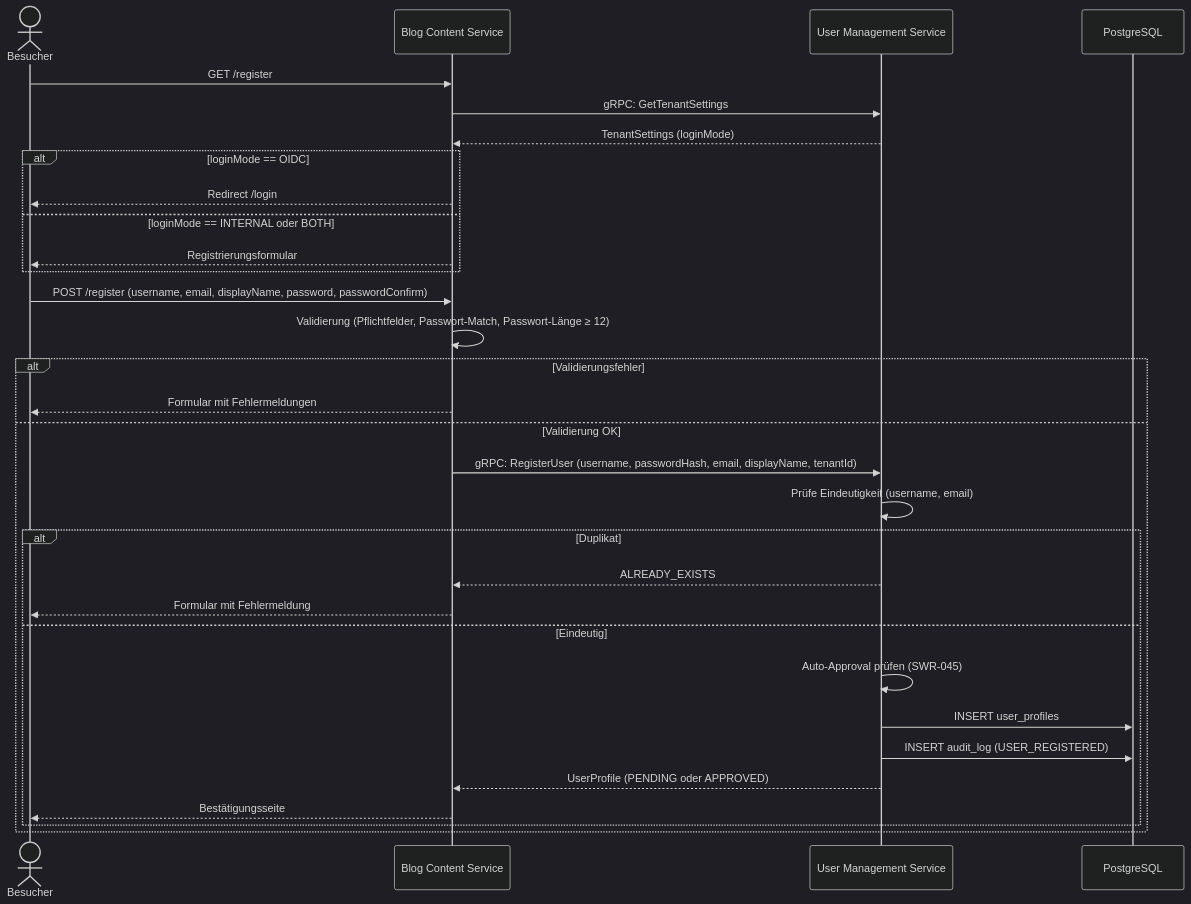
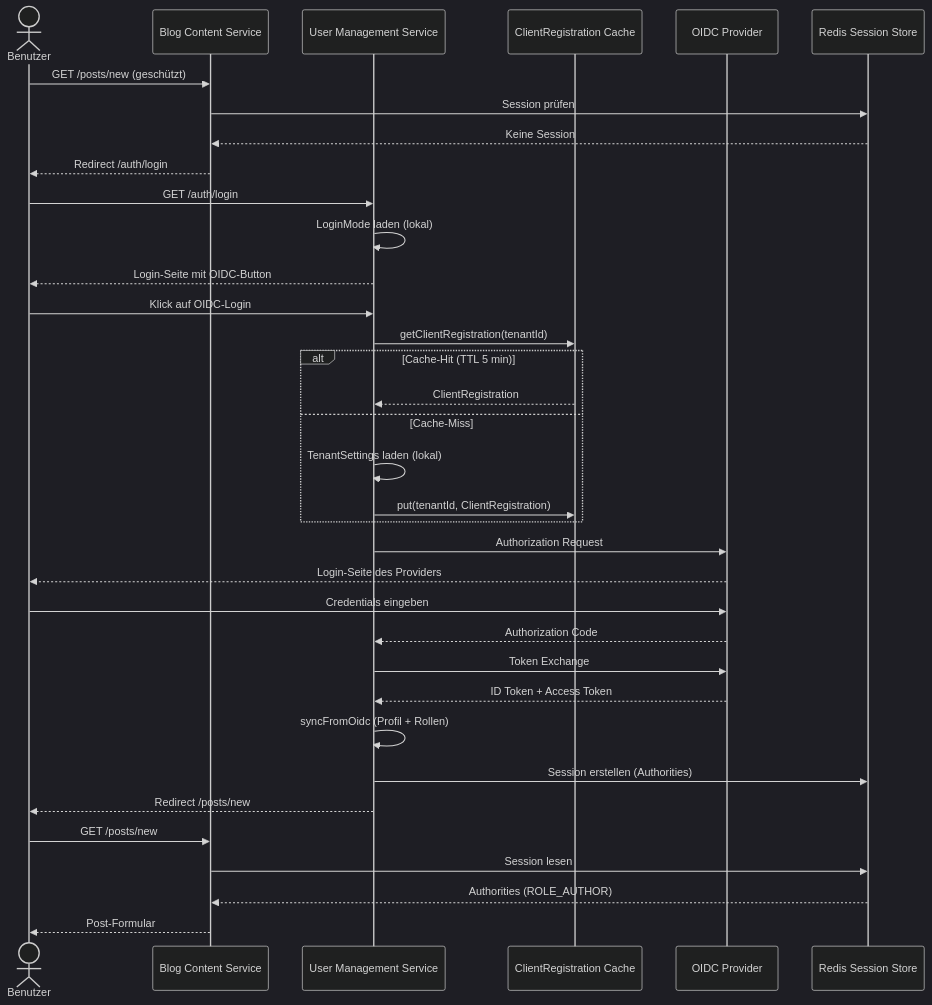
Before and after one commit to tomirgang/tomsblog: the sixth of 6 diagrams in docs/design/modules/ROOT/pages/user-management/index.adoc, drawn with Mermaid (dark theme). The commit also changed other lines of this file and 57 other files, not shown here.

```diff
--- a/docs/design/modules/ROOT/pages/user-management/index.adoc
+++ b/docs/design/modules/ROOT/pages/user-management/index.adoc
@@ -490,36 +511,43 @@
 [mermaid]
 ----
 sequenceDiagram
-    actor User as Besucher
+    actor User as Benutzer
     participant BCS as Blog Content Service
     participant UMS as User Management Service
-    participant DB as PostgreSQL
+    participant Cache as ClientRegistration Cache
+    participant IDP as OIDC Provider
+    participant Redis as Redis Session Store
 
-    User->>BCS: GET /register
-    BCS->>UMS: gRPC: GetTenantSettings
-    UMS-->>BCS: TenantSettings (loginMode)
-    alt loginMode == OIDC
-        BCS-->>User: Redirect /login
-    else loginMode == INTERNAL oder BOTH
-        BCS-->>User: Registrierungsformular
+    User->>BCS: GET /posts/new (geschützt)
+    BCS->>Redis: Session prüfen
+    Redis-->>BCS: Keine Session
+    BCS-->>User: Redirect /auth/login
+
+    User->>UMS: GET /auth/login
+    UMS->>UMS: LoginMode laden (lokal)
+    UMS-->>User: Login-Seite mit OIDC-Button
+
+    User->>UMS: Klick auf OIDC-Login
+    UMS->>Cache: getClientRegistration(tenantId)
+    alt Cache-Hit (TTL 5 min)
+        Cache-->>UMS: ClientRegistration
+    else Cache-Miss
+        UMS->>UMS: TenantSettings laden (lokal)
+        UMS->>Cache: put(tenantId, ClientRegistration)
     end
+    UMS->>IDP: Authorization Request
+    IDP-->>User: Login-Seite des Providers
 
-    User->>BCS: POST /register (username, email, displayName, password, passwordConfirm)
-    BCS->>BCS: Validierung (Pflichtfelder, Passwort-Match, Passwort-Länge ≥ 12)
-    alt Validierungsfehler
-        BCS-->>User: Formular mit Fehlermeldungen
-    else Validierung OK
-        BCS->>UMS: gRPC: RegisterUser (username, passwordHash, email, displayName, tenantId)
-        UMS->>UMS: Prüfe Eindeutigkeit (username, email)
-        alt Duplikat
-            UMS-->>BCS: ALREADY_EXISTS
-            BCS-->>User: Formular mit Fehlermeldung
-        else Eindeutig
-            UMS->>UMS: Auto-Approval prüfen (SWR-045)
-            UMS->>DB: INSERT user_profiles
-            UMS->>DB: INSERT audit_log (USER_REGISTERED)
-            UMS-->>BCS: UserProfile (PENDING oder APPROVED)
-            BCS-->>User: Bestätigungsseite
-        end
-    end
+    User->>IDP: Credentials eingeben
+    IDP-->>UMS: Authorization Code
+    UMS->>IDP: Token Exchange
+    IDP-->>UMS: ID Token + Access Token
+    UMS->>UMS: syncFromOidc (Profil + Rollen)
+    UMS->>Redis: Session erstellen (Authorities)
+    UMS-->>User: Redirect /posts/new
+
+    User->>BCS: GET /posts/new
+    BCS->>Redis: Session lesen
+    Redis-->>BCS: Authorities (ROLE_AUTHOR)
+    BCS-->>User: Post-Formular
 ----
```
